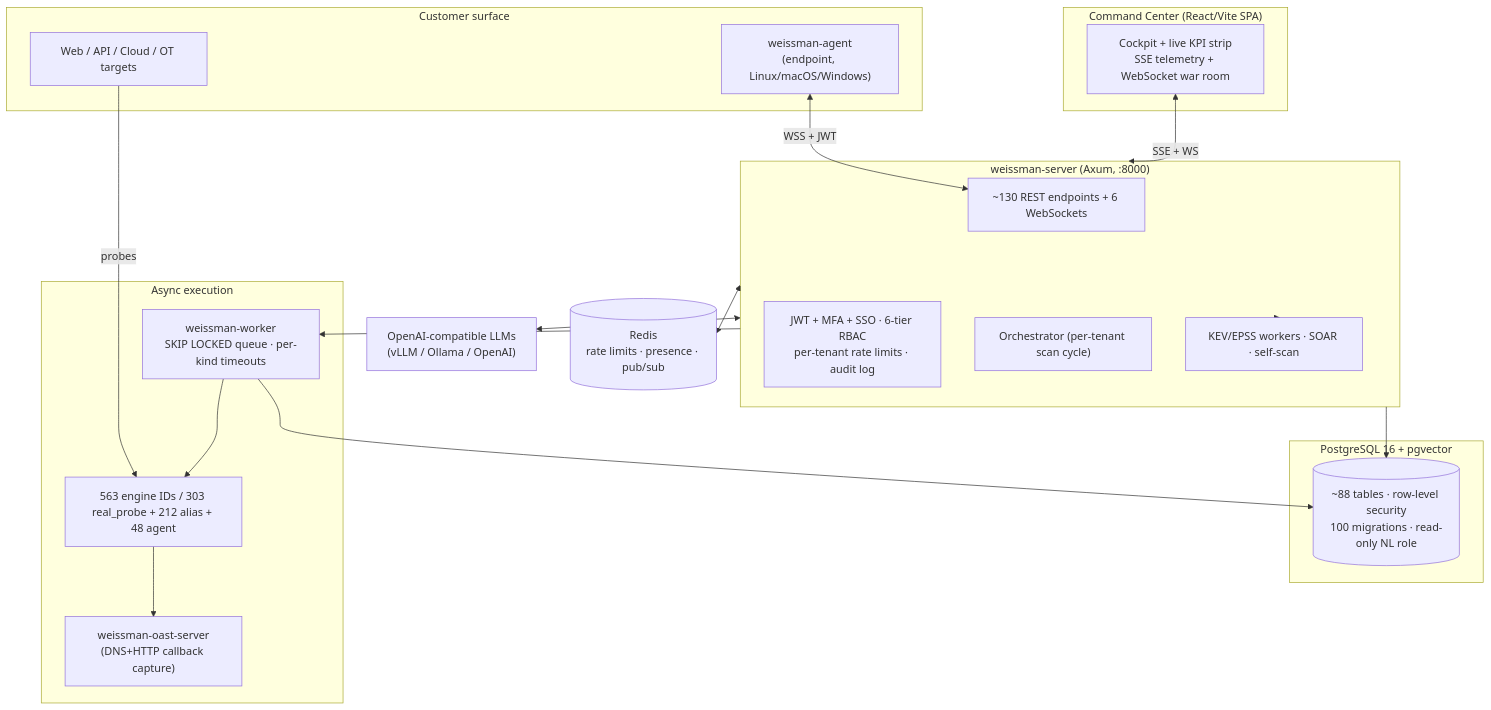
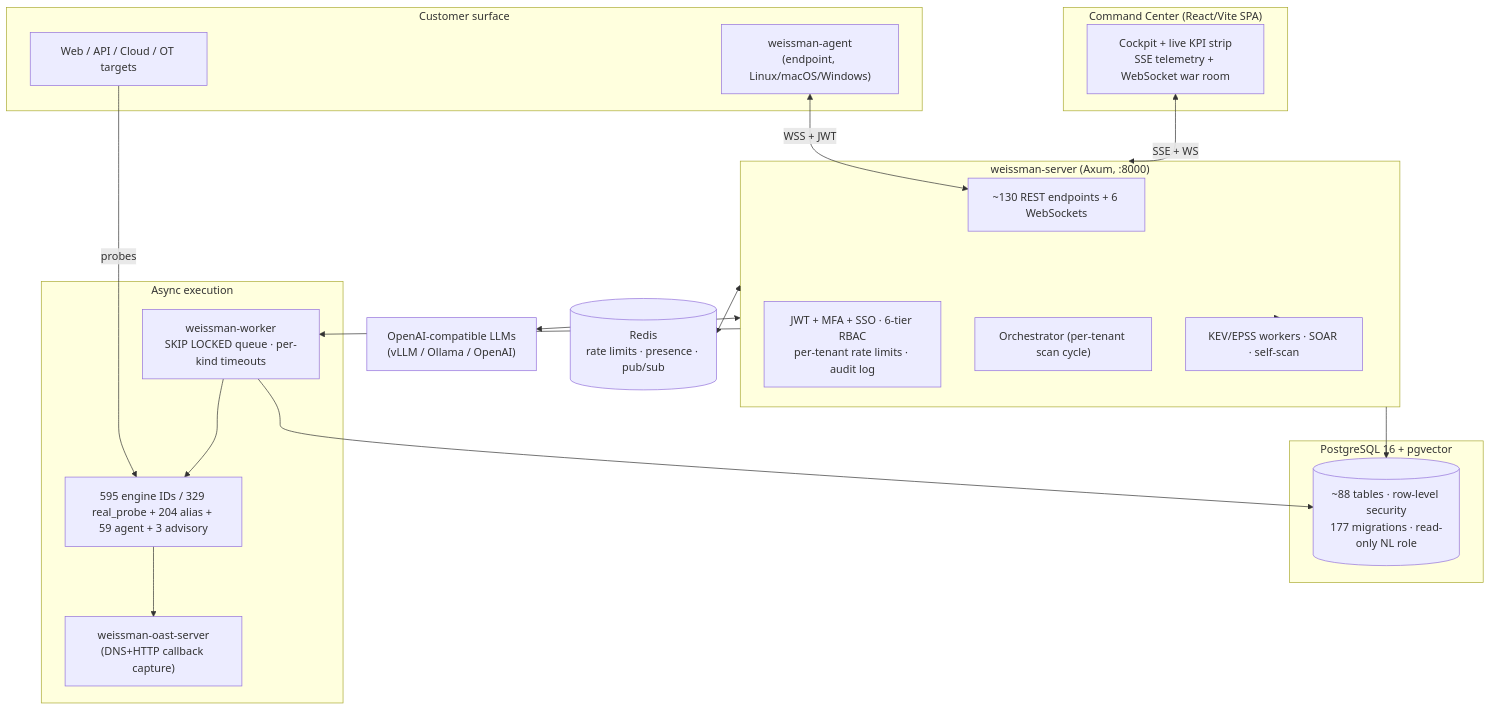
One commit to israel12132/weissman-cybersecurity changed the diagram in Weissman_Cybersecurity_Executive_Technical_Briefing.md. Above: the diagram before and after it, drawn with Mermaid. The commit also changed other lines of this file and 28 other files, not shown here.

````diff
--- a/Weissman_Cybersecurity_Executive_Technical_Briefing.md
+++ b/Weissman_Cybersecurity_Executive_Technical_Briefing.md
@@ -98,43 +98,43 @@
 ```mermaid
 flowchart TB
     subgraph client["Customer surface"]
       WEB["Web / API / Cloud / OT targets"]
       AGENT["weissman-agent\n(endpoint, Linux/macOS/Windows)"]
     end
 
     subgraph ui["Command Center (React/Vite SPA)"]
       COCKPIT["Cockpit + live KPI strip\nSSE telemetry + WebSocket war room"]
     end
 
     subgraph api["weissman-server (Axum, :8000)"]
       ROUTES["~130 REST endpoints + 6 WebSockets"]
       AUTHZ["JWT + MFA + SSO · 6-tier RBAC\nper-tenant rate limits · audit log"]
       ORCH["Orchestrator (per-tenant scan cycle)"]
       INTEL["KEV/EPSS workers · SOAR · self-scan"]
     end
 
     subgraph data["PostgreSQL 16 + pgvector"]
-      DB[("~88 tables · row-level security\n100 migrations · read-only NL role")]
+      DB[("~88 tables · row-level security\n177 migrations · read-only NL role")]
     end
 
     subgraph workers["Async execution"]
       WORKER["weissman-worker\nSKIP LOCKED queue · per-kind timeouts"]
-      ENGINES["563 engine IDs / 303 real_probe + 212 alias + 48 agent"]
+      ENGINES["595 engine IDs / 329 real_probe + 204 alias + 59 agent + 3 advisory"]
       OAST["weissman-oast-server\n(DNS+HTTP callback capture)"]
     end
 
     LLM["OpenAI-compatible LLMs\n(vLLM / Ollama / OpenAI)"]
     REDIS[("Redis\nrate limits · presence · pub/sub")]
 
     COCKPIT <-->|SSE + WS| api
     WEB <-- probes --- ENGINES
     AGENT <-->|WSS + JWT| ROUTES
     api --> DB
     WORKER --> DB
     api --> WORKER
     WORKER --> ENGINES
     ENGINES --> OAST
     api <--> LLM
     api <--> REDIS
     api --> INTEL
 ```
````
